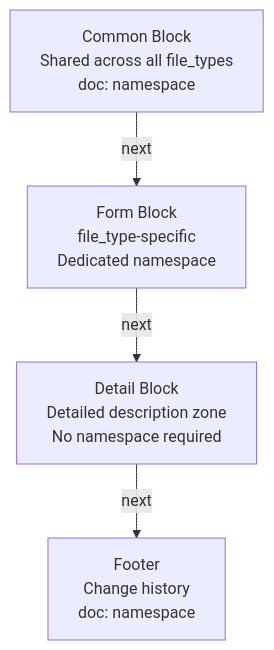
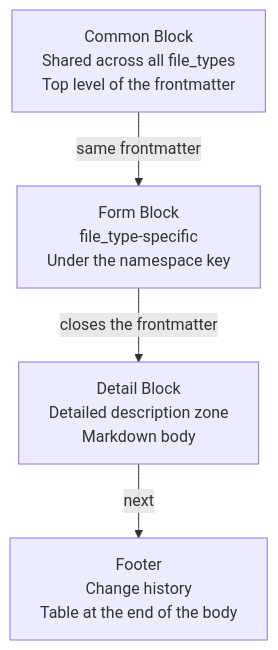
The first of 5 diagrams in framework-src/en/process-rules/full-auto-dev-document-rules.md (GoodRelax/gr-sw-maker), drawn with Mermaid before and after one commit. The commit also changed other lines of this file and 8 other files, not shown here.

````diff
--- a/framework-src/en/process-rules/full-auto-dev-document-rules.md
+++ b/framework-src/en/process-rules/full-auto-dev-document-rules.md
@@ -310,11 +310,11 @@
 ```mermaid
 graph TD
-    A["Common Block<br/>Shared across all file_types<br/>doc: namespace"]
-    B["Form Block<br/>file_type-specific<br/>Dedicated namespace"]
-    C["Detail Block<br/>Detailed description zone<br/>No namespace required"]
-    D["Footer<br/>Change history<br/>doc: namespace"]
+    A["Common Block<br/>Shared across all file_types<br/>Top level of the frontmatter"]
+    B["Form Block<br/>file_type-specific<br/>Under the namespace key"]
+    C["Detail Block<br/>Detailed description zone<br/>Markdown body"]
+    D["Footer<br/>Change history<br/>Table at the end of the body"]
 
-    A -->|"next"| B
-    B -->|"next"| C
+    A -->|"same frontmatter"| B
+    B -->|"closes the frontmatter"| C
     C -->|"next"| D
 ```
````
